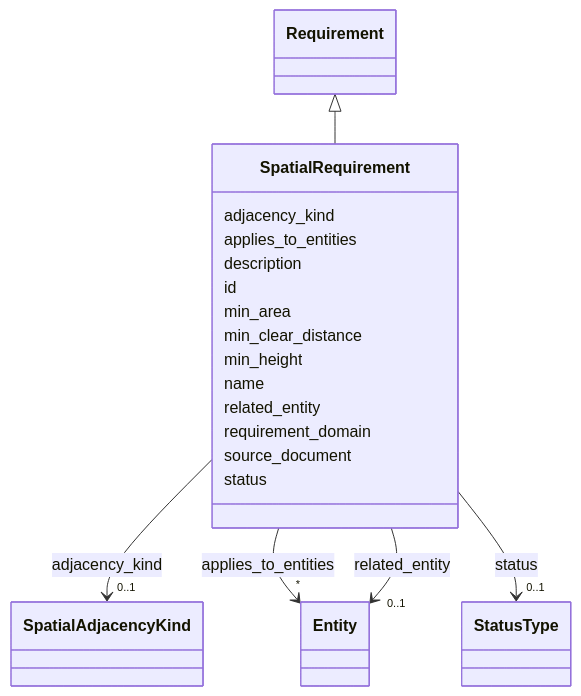
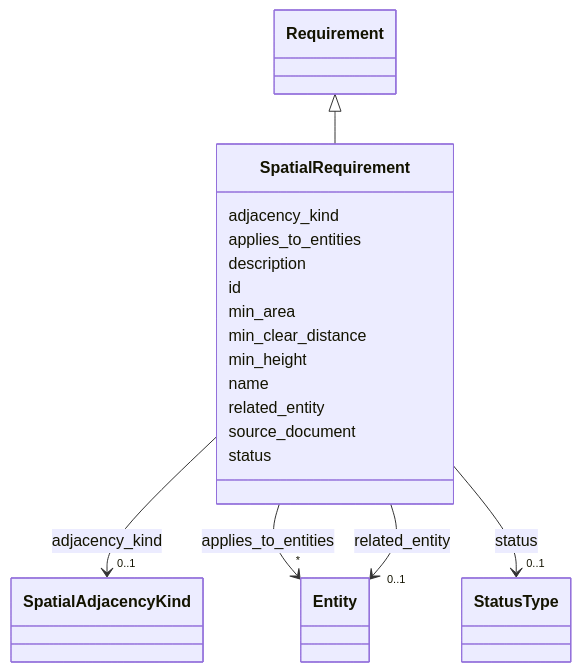
Before and after one commit to simondilhas/pragmatic-bim-data-contract: the diagram in latest/schema/SpatialRequirement.md, drawn with Mermaid. The commit also changed other lines of this file and 2590 other files, not shown here.

````diff
--- a/latest/schema/SpatialRequirement.md
+++ b/latest/schema/SpatialRequirement.md
@@ -23,69 +23,26 @@
 ```mermaid
  classDiagram
     class SpatialRequirement
-    click SpatialRequirement href "../SpatialRequirement/"
+    click SpatialRequirement href "./SpatialRequirement.html"
       Requirement <|-- SpatialRequirement
-        click Requirement href "../Requirement/"
-      
+        click Requirement href "./Requirement.html"
       SpatialRequirement : adjacency_kind
-        
-          
-    
-        
-        
         SpatialRequirement --> "0..1" SpatialAdjacencyKind : adjacency_kind
-        click SpatialAdjacencyKind href "../SpatialAdjacencyKind/"
-    
-
-        
+        click SpatialAdjacencyKind href "./SpatialAdjacencyKind.html"
       SpatialRequirement : applies_to_entities
-        
-          
-    
-        
-        
         SpatialRequirement --> "*" Entity : applies_to_entities
-        click Entity href "../Entity/"
-    
-
-        
+        click Entity href "./Entity.html"
       SpatialRequirement : description
-        
       SpatialRequirement : id
-        
       SpatialRequirement : min_area
-        
       SpatialRequirement : min_clear_distance
-        
       SpatialRequirement : min_height
-        
       SpatialRequirement : name
-        
       SpatialRequirement : related_entity
-        
-          
-    
-        
-        
         SpatialRequirement --> "0..1" Entity : related_entity
-        click Entity href "../Entity/"
-    
-
-        
-      SpatialRequirement : requirement_domain
-        
+        click Entity href "./Entity.html"
       SpatialRequirement : source_document
-        
       SpatialRequirement : status
-        
-          
-    
-        
-        
         SpatialRequirement --> "0..1" StatusType : status
-        click StatusType href "../StatusType/"
-    
-
-        
-      
+        click StatusType href "./StatusType.html"
 ```
````
